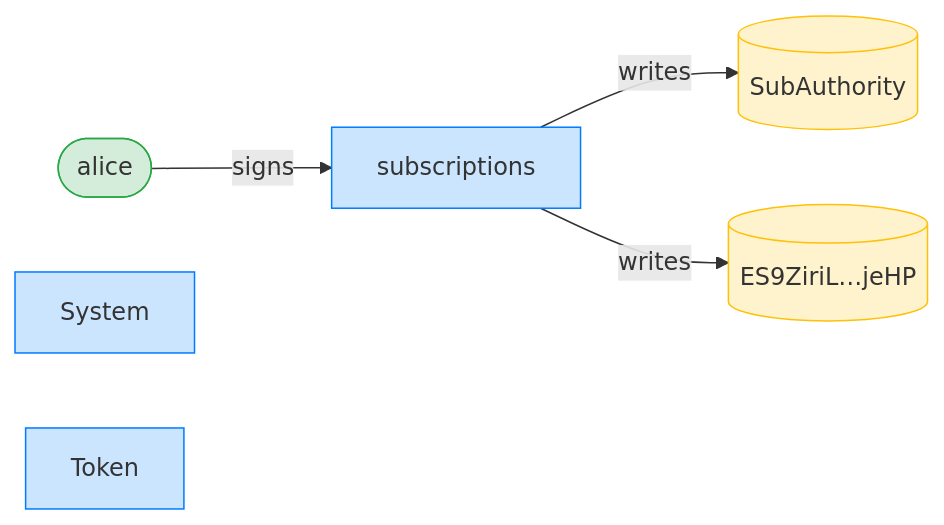
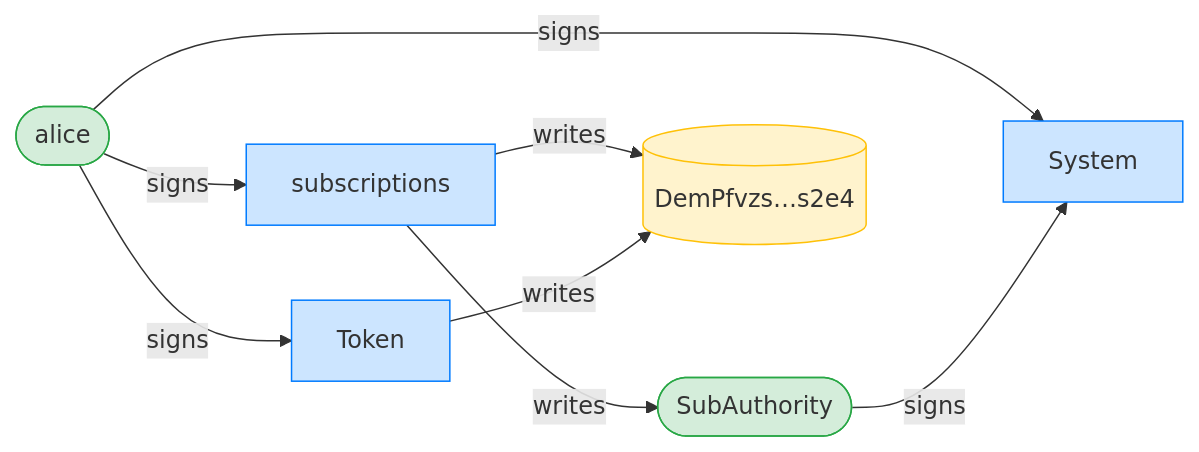
The third of 8 diagrams in dsl_tests/transfer-subscription--a-version-mismatched-subscription-is-refused.md (cds-rs/subscriptions), drawn with Mermaid before and after one commit. The commit also changed other lines of this file and 224 other files, not shown here.

````diff
--- a/dsl_tests/transfer-subscription--a-version-mismatched-subscription-is-refused.md
+++ b/dsl_tests/transfer-subscription--a-version-mismatched-subscription-is-refused.md
@@ -55,15 +56,19 @@
 ```mermaid
 flowchart LR
     classDef signer fill:#d4edda,stroke:#28a745;
     classDef program fill:#cce5ff,stroke:#007bff;
     classDef writable fill:#fff3cd,stroke:#ffc107;
     subscriptions[subscriptions]:::program
     alice([alice]):::signer
-    SubAuthority[(SubAuthority)]:::writable
-    ES9ZiriL_jeHP[("ES9ZiriL…jeHP")]:::writable
+    SubAuthority([SubAuthority]):::signer
+    DemPfvzs_s2e4[("DemPfvzs…s2e4")]:::writable
     System[System]:::program
     Token[Token]:::program
     alice -->|signs| subscriptions
+    alice -->|signs| System
+    SubAuthority -->|signs| System
+    alice -->|signs| Token
     subscriptions -->|writes| SubAuthority
-    subscriptions -->|writes| ES9ZiriL_jeHP
+    subscriptions -->|writes| DemPfvzs_s2e4
+    Token -->|writes| DemPfvzs_s2e4
 ```
````
